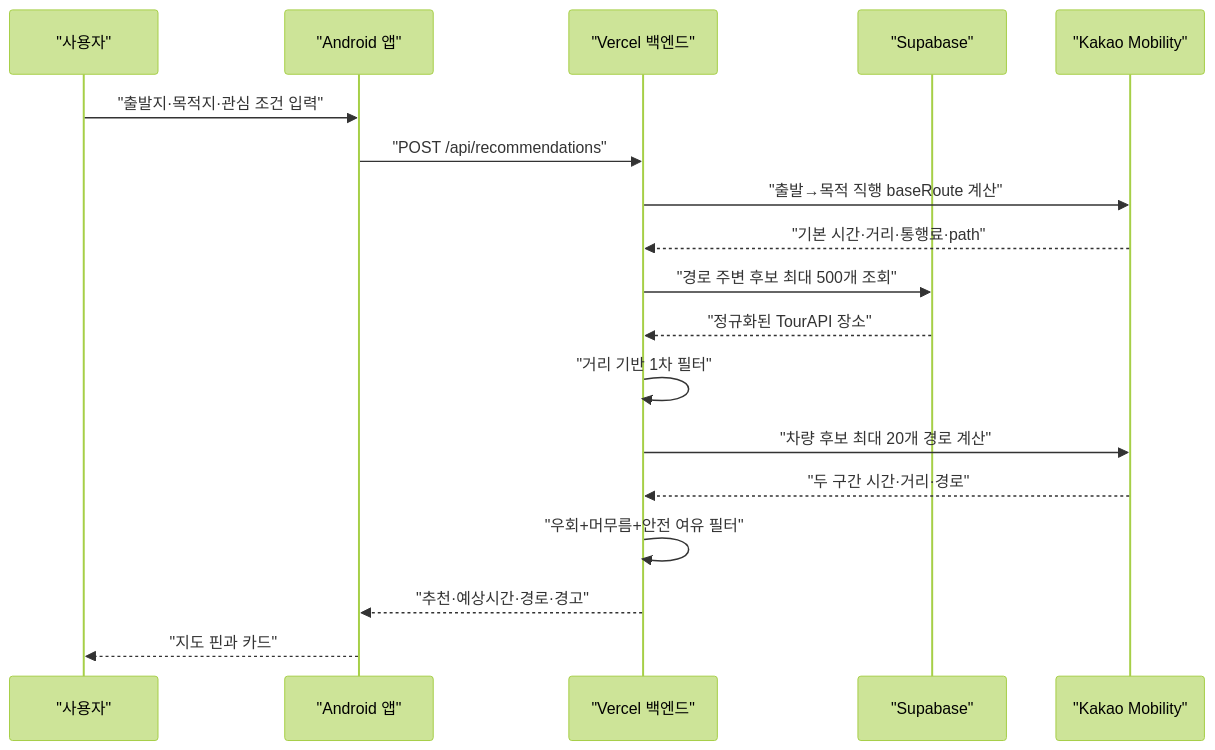
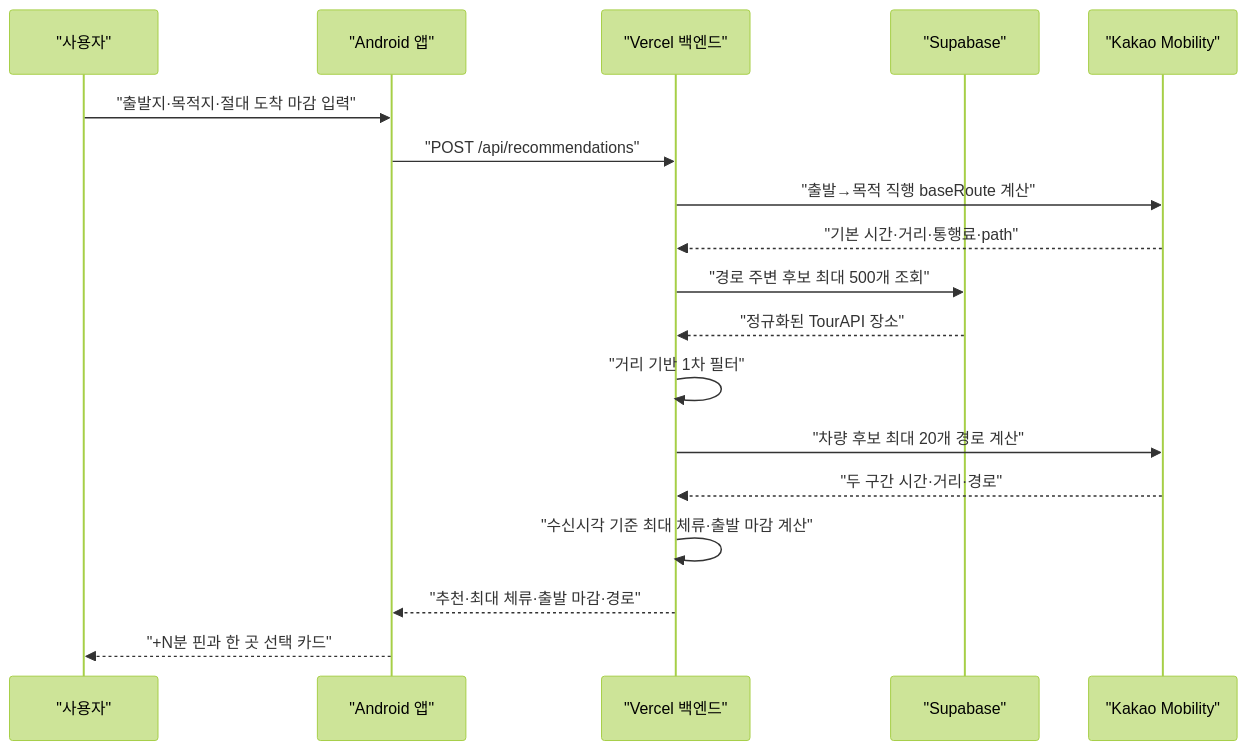
The third of 4 diagrams in docs/02_ARCHITECTURE.md (Newrred/tteumsae), drawn with Mermaid (forest theme) before and after one commit. The commit also changed other lines of this file and 15 other files, not shown here.

````diff
--- a/docs/02_ARCHITECTURE.md
+++ b/docs/02_ARCHITECTURE.md
@@ -120,21 +124,21 @@
 ```mermaid
 sequenceDiagram
     participant U as "사용자"
     participant A as "Android 앱"
     participant B as "Vercel 백엔드"
     participant D as "Supabase"
     participant K as "Kakao Mobility"
 
-    U->>A: "출발지·목적지·관심 조건 입력"
+    U->>A: "출발지·목적지·절대 도착 마감 입력"
     A->>B: "POST /api/recommendations"
     B->>K: "출발→목적 직행 baseRoute 계산"
     K-->>B: "기본 시간·거리·통행료·path"
     B->>D: "경로 주변 후보 최대 500개 조회"
     D-->>B: "정규화된 TourAPI 장소"
     B->>B: "거리 기반 1차 필터"
     B->>K: "차량 후보 최대 20개 경로 계산"
     K-->>B: "두 구간 시간·거리·경로"
-    B->>B: "우회+머무름+안전 여유 필터"
-    B-->>A: "추천·예상시간·경로·경고"
-    A-->>U: "지도 핀과 카드"
+    B->>B: "수신시각 기준 최대 체류·출발 마감 계산"
+    B-->>A: "추천·최대 체류·출발 마감·경로"
+    A-->>U: "+N분 핀과 한 곳 선택 카드"
 ```
````
